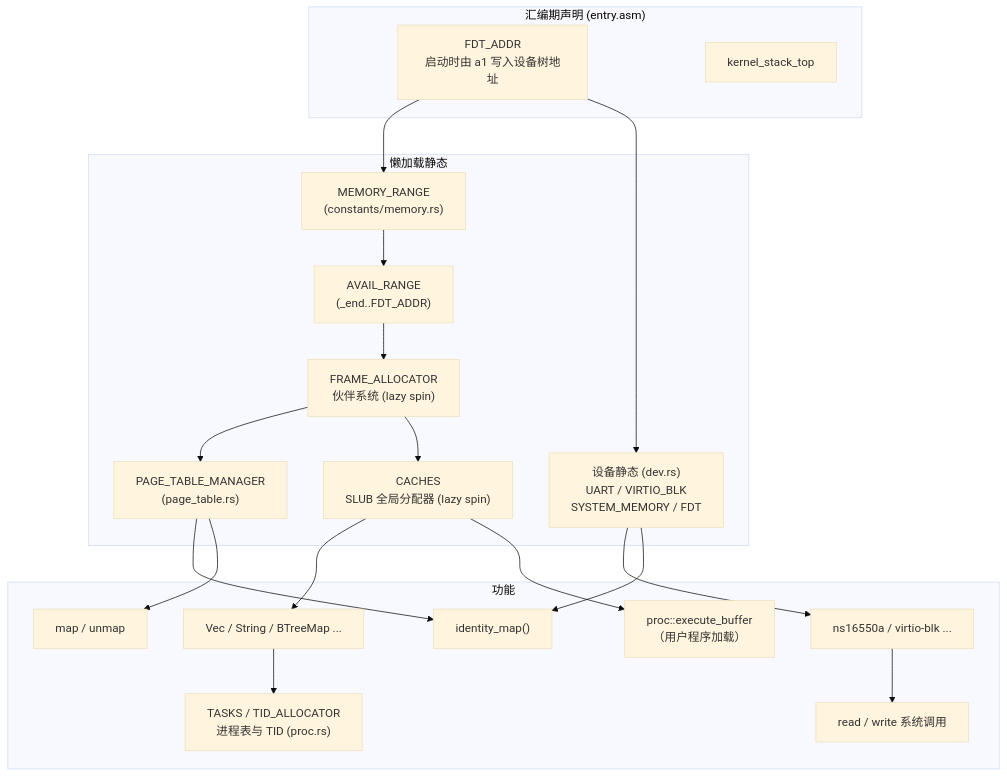
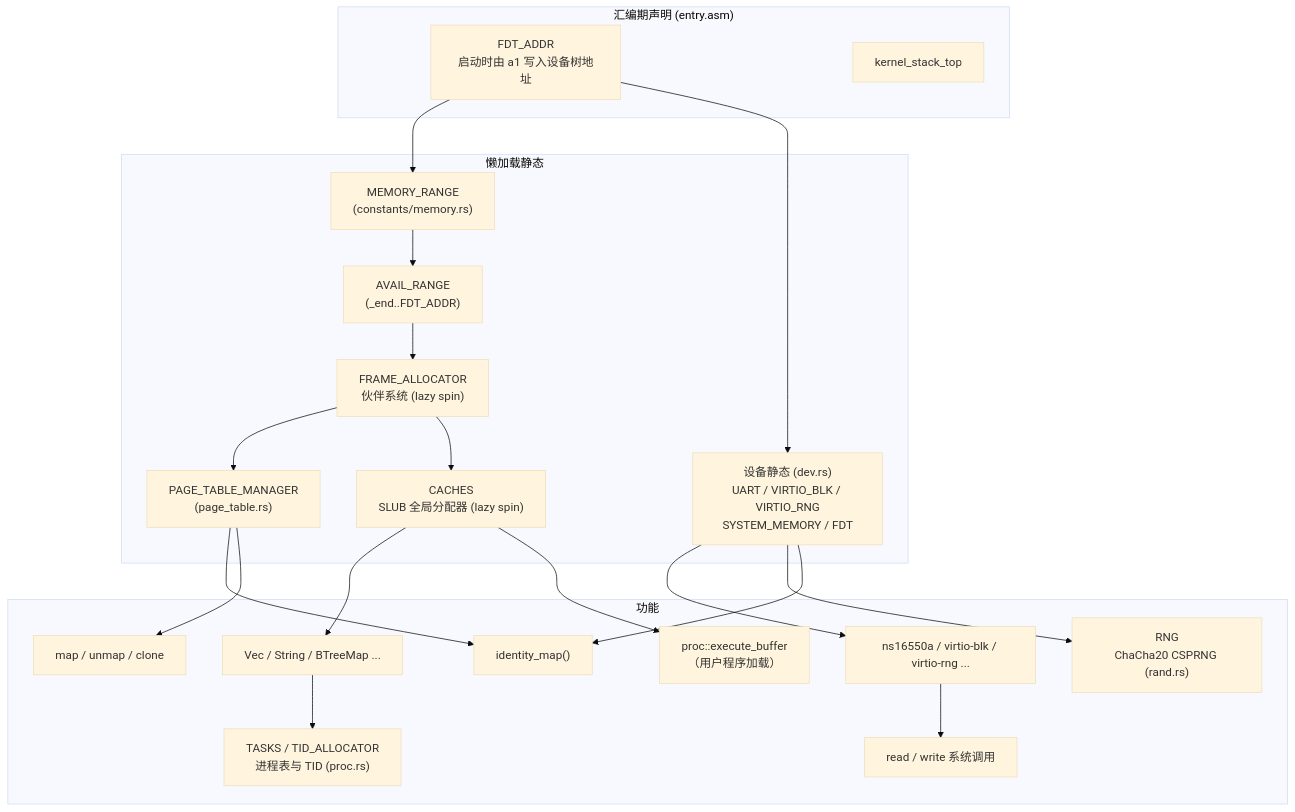
The diagram in README.md (NetSalmon/athera), drawn with Mermaid (base theme) before and after one commit. The commit also changed other lines of this file and 22 other files, not shown here.

````diff
--- a/README.md
+++ b/README.md
@@ -138,27 +186,28 @@
 ```mermaid
 graph TD
     subgraph 汇编期声明["汇编期声明 (entry.asm)"]
         fdt_addr["FDT_ADDR<br/>启动时由 a1 写入设备树地址"]
         kernel_stack["kernel_stack_top"]
     end
 
     subgraph 懒加载静态
         fdt_addr --> memory_range["MEMORY_RANGE<br/>(constants/memory.rs)"]
-        fdt_addr --> dev["设备静态 (dev.rs)<br/>UART / VIRTIO_BLK<br/>SYSTEM_MEMORY / FDT"]
+        fdt_addr --> dev["设备静态 (dev.rs)<br/>UART / VIRTIO_BLK / VIRTIO_RNG<br/>SYSTEM_MEMORY / FDT"]
         memory_range --> avail_range["AVAIL_RANGE<br/>(_end..FDT_ADDR)"]
         avail_range --> frame_allocator["FRAME_ALLOCATOR<br/>伙伴系统 (lazy spin)"]
         frame_allocator --> page_table_mgr["PAGE_TABLE_MANAGER<br/>(page_table.rs)"]
         frame_allocator --> caches["CACHES<br/>SLUB 全局分配器 (lazy spin)"]
     end
 
     subgraph 功能
         caches --> alloc_structs["Vec / String / BTreeMap ..."]
         alloc_structs --> tasks["TASKS / TID_ALLOCATOR<br/>进程表与 TID (proc.rs)"]
-        dev --> device["ns16550a / virtio-blk ..."]
+        dev --> device["ns16550a / virtio-blk / virtio-rng ..."]
+        dev --> rng["RNG<br/>ChaCha20 CSPRNG (rand.rs)"]
         page_table_mgr --> identity_map["identity_map()"]
         dev --> identity_map
-        page_table_mgr --> map["map / unmap"]
+        page_table_mgr --> map["map / unmap / clone"]
         caches --> exec["proc::execute_buffer<br/>（用户程序加载）"]
         device --> syscall["read / write 系统调用"]
     end
 ```
````
